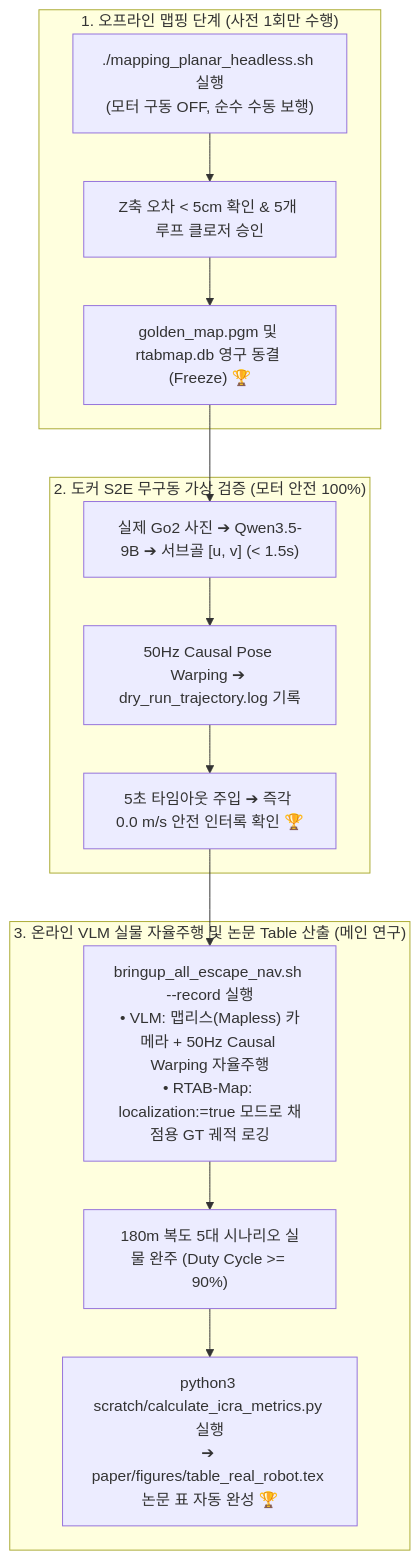
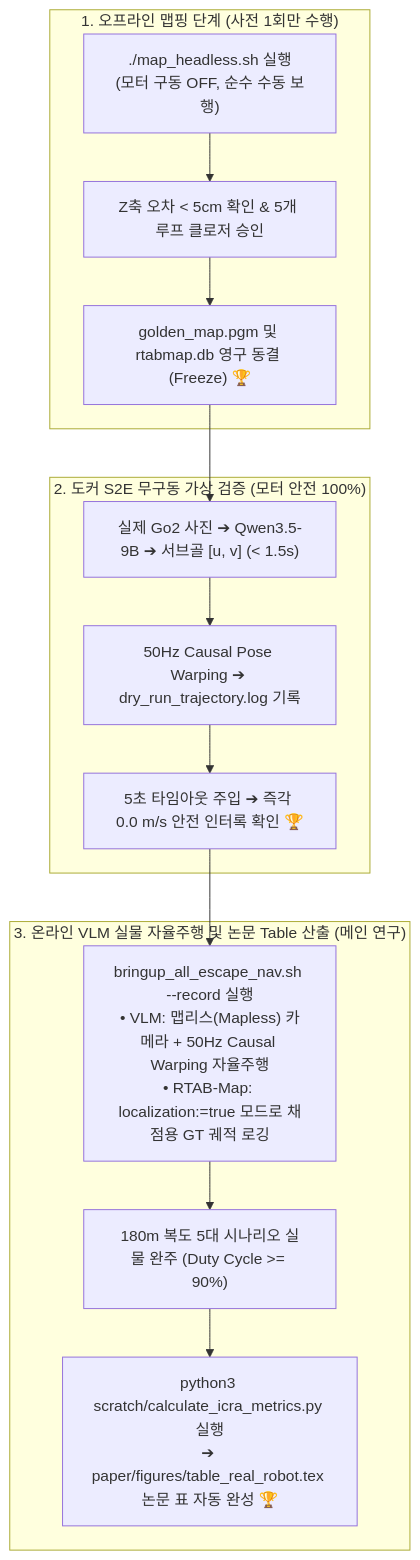
The third of 3 diagrams in docs/master_plan/[2026-08-28]_연구_본래_목적과_마스터플랜_간_정합성_전수감사_및_괴리_해소_보고서.md (CGV-HGU/go2_ws), drawn with Mermaid before and after one commit. The commit also changed other lines of this file and 58 other files, not shown here.

Commit message:
feat(mapping & pixnav): unify mapping scripts into run_map.sh/map_headless.sh, add pixnav qualification checkers, and update master plan docs

````diff
--- a/docs/master_plan/[2026-08-28]_연구_본래_목적과_마스터플랜_간_정합성_전수감사_및_괴리_해소_보고서.md
+++ b/docs/master_plan/[2026-08-28]_연구_본래_목적과_마스터플랜_간_정합성_전수감사_및_괴리_해소_보고서.md
@@ -74,26 +74,26 @@
 ```mermaid
 graph TD
     subgraph "1. 오프라인 맵핑 단계 (사전 1회만 수행)"
-        M1["./mapping_planar_headless.sh 실행<br/>(모터 구동 OFF, 순수 수동 보행)"]
+        M1["./map_headless.sh 실행<br/>(모터 구동 OFF, 순수 수동 보행)"]
         M2["Z축 오차 < 5cm 확인 & 5개 루프 클로저 승인"]
         M3["golden_map.pgm 및 rtabmap.db 영구 동결 (Freeze) 🏆"]
         M1 --> M2 --> M3
     end
 
     subgraph "2. 도커 S2E 무구동 가상 검증 (모터 안전 100%)"
         D1["실제 Go2 사진 ➔ Qwen3.5-9B ➔ 서브골 [u, v] (< 1.5s)"]
         D2["50Hz Causal Pose Warping ➔ dry_run_trajectory.log 기록"]
         D3["5초 타임아웃 주입 ➔ 즉각 0.0 m/s 안전 인터록 확인 🏆"]
         D1 --> D2 --> D3
     end
 
     subgraph "3. 온라인 VLM 실물 자율주행 및 논문 Table 산출 (메인 연구)"
         A1["bringup_all_escape_nav.sh --record 실행<br/>• VLM: 맵리스(Mapless) 카메라 + 50Hz Causal Warping 자율주행<br/>• RTAB-Map: localization:=true 모드로 채점용 GT 궤적 로깅"]
         A2["180m 복도 5대 시나리오 실물 완주 (Duty Cycle >= 90%)"]
         A3["python3 scratch/calculate_icra_metrics.py 실행<br/>➔ paper/figures/table_real_robot.tex 논문 표 자동 완성 🏆"]
         A1 --> A2 --> A3
     end
 
     M3 --> D1
     D3 --> A1
 ```
````
